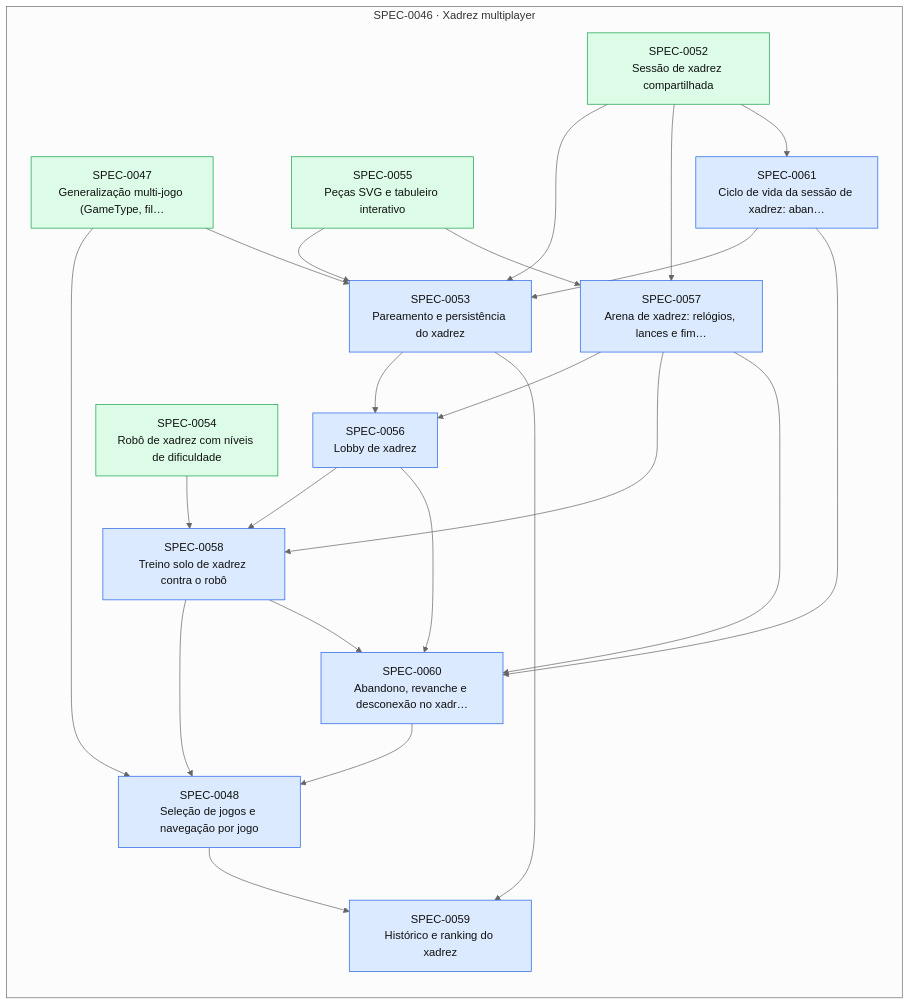
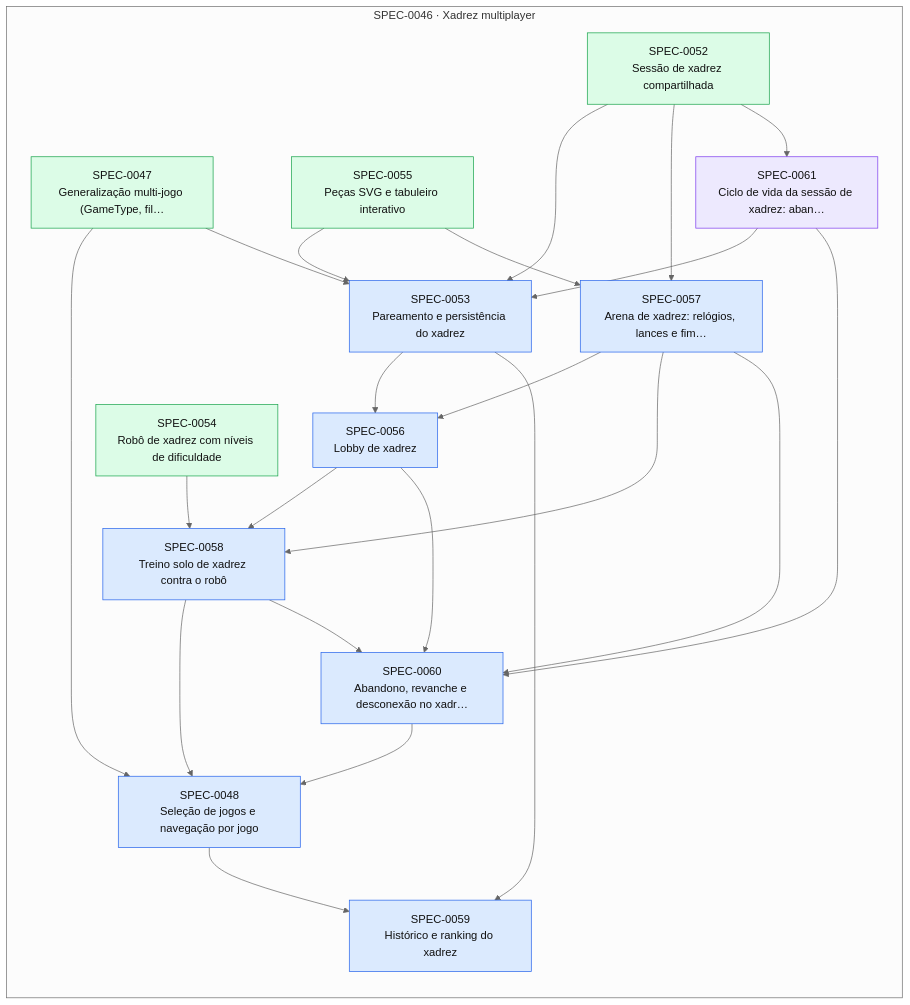
One commit to thomasravache/jogo-da-velha-multiplayer changed the diagram in docs/specs/INDEX.md. Above: the diagram before and after it, drawn with Mermaid (neutral theme). The commit also changed other lines of this file and 1 other file, not shown here.

First line of the commit message:
docs(specs): registrar gates G1-G4 da SPEC-0061

````diff
--- a/docs/specs/INDEX.md
+++ b/docs/specs/INDEX.md
@@ -44,43 +44,43 @@
 ```mermaid
 flowchart LR
   subgraph E0046["SPEC-0046 · Xadrez multiplayer"]
     S0047["SPEC-0047<br/>Generalização multi-jogo (GameType, fil…"]:::implemented
     S0048["SPEC-0048<br/>Seleção de jogos e navegação por jogo"]:::approved
     S0052["SPEC-0052<br/>Sessão de xadrez compartilhada"]:::implemented
     S0053["SPEC-0053<br/>Pareamento e persistência do xadrez"]:::approved
     S0054["SPEC-0054<br/>Robô de xadrez com níveis de dificuldade"]:::implemented
     S0055["SPEC-0055<br/>Peças SVG e tabuleiro interativo"]:::implemented
     S0056["SPEC-0056<br/>Lobby de xadrez"]:::approved
     S0057["SPEC-0057<br/>Arena de xadrez: relógios, lances e fim…"]:::approved
     S0058["SPEC-0058<br/>Treino solo de xadrez contra o robô"]:::approved
     S0059["SPEC-0059<br/>Histórico e ranking do xadrez"]:::approved
     S0060["SPEC-0060<br/>Abandono, revanche e desconexão no xadr…"]:::approved
-    S0061["SPEC-0061<br/>Ciclo de vida da sessão de xadrez: aban…"]:::approved
+    S0061["SPEC-0061<br/>Ciclo de vida da sessão de xadrez: aban…"]:::inprogress
   end
   S0047 --> S0048
   S0058 --> S0048
   S0060 --> S0048
   S0047 --> S0053
   S0052 --> S0053
   S0055 --> S0053
   S0061 --> S0053
   S0053 --> S0056
   S0057 --> S0056
   S0052 --> S0057
   S0055 --> S0057
   S0054 --> S0058
   S0056 --> S0058
   S0057 --> S0058
   S0048 --> S0059
   S0053 --> S0059
   S0056 --> S0060
   S0057 --> S0060
   S0058 --> S0060
   S0061 --> S0060
   S0052 --> S0061
   classDef proposed fill:#fef3c7,stroke:#d97706,color:#111
   classDef approved fill:#dbeafe,stroke:#2563eb,color:#111
   classDef inprogress fill:#ede9fe,stroke:#7c3aed,color:#111
   classDef implemented fill:#dcfce7,stroke:#16a34a,color:#111
   classDef deprecated fill:#f3f4f6,stroke:#9ca3af,color:#6b7280
 ```
````
